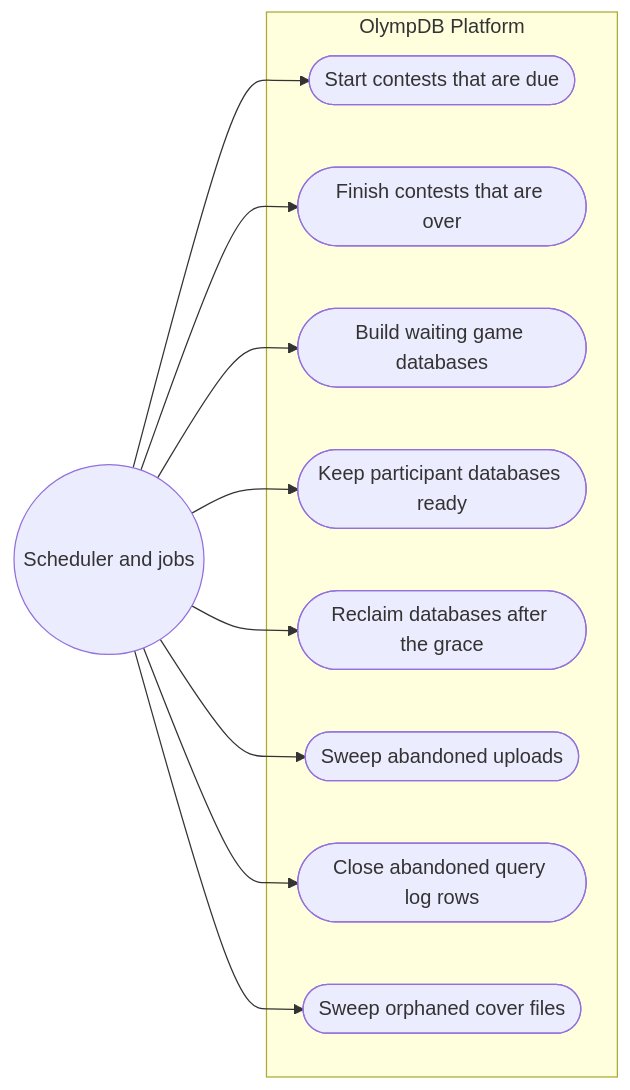
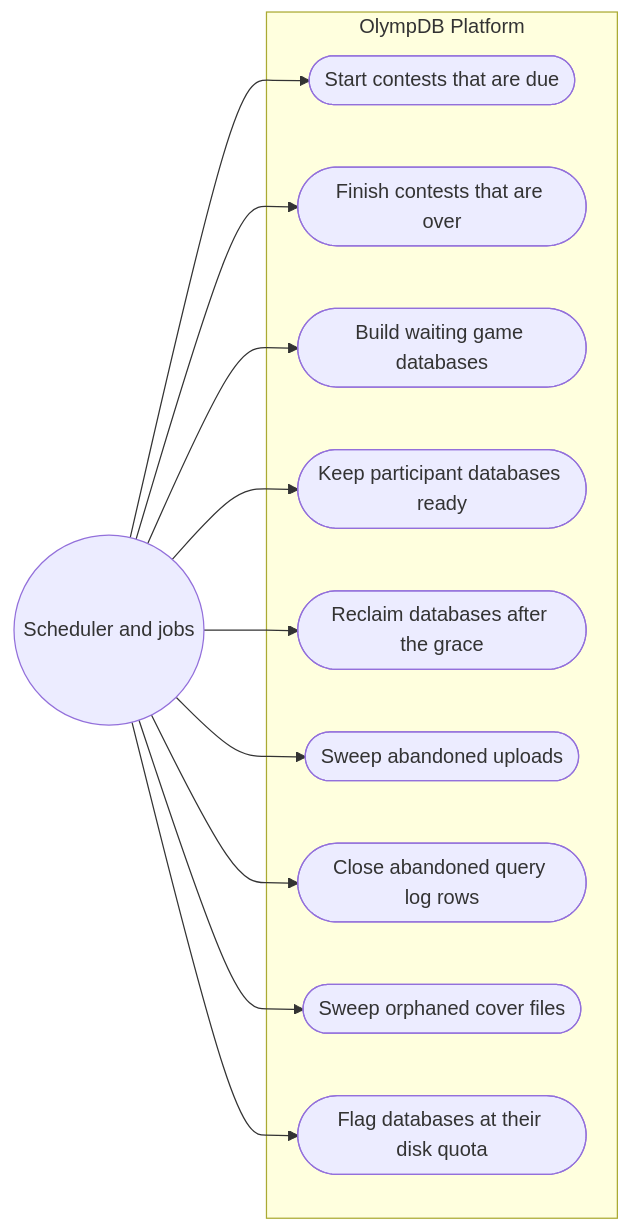
The seventh of 7 diagrams in docs/guide/02-use-cases.md (devrdn/olymp-db-platform), drawn with Mermaid before and after one commit. The commit also changed other lines of this file and 33 other files, not shown here.

````diff
--- a/docs/guide/02-use-cases.md
+++ b/docs/guide/02-use-cases.md
@@ -433,22 +433,24 @@
 ```mermaid
 flowchart LR
     clock(("Scheduler and jobs"))
     subgraph system["OlympDB Platform"]
         uc1(["Start contests that are due"])
         uc2(["Finish contests that are over"])
         uc3(["Build waiting game databases"])
         uc4(["Keep participant databases ready"])
         uc5(["Reclaim databases after the grace"])
         uc6(["Sweep abandoned uploads"])
         uc7(["Close abandoned query log rows"])
         uc8(["Sweep orphaned cover files"])
+        uc9(["Flag databases at their disk quota"])
     end
     clock --> uc1
     clock --> uc2
     clock --> uc3
     clock --> uc4
     clock --> uc5
     clock --> uc6
     clock --> uc7
     clock --> uc8
+    clock --> uc9
 ```
````
